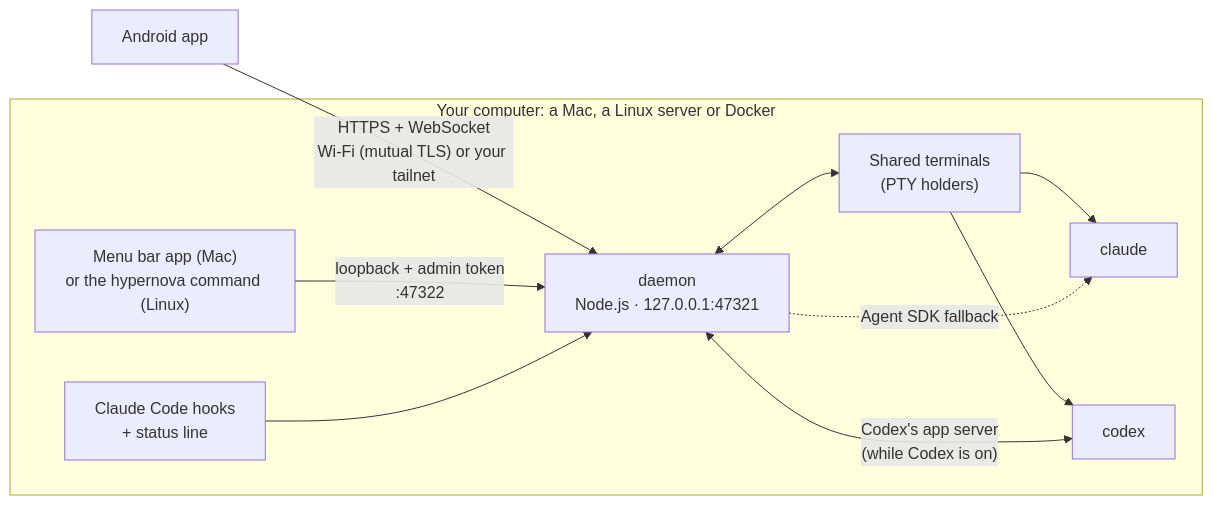
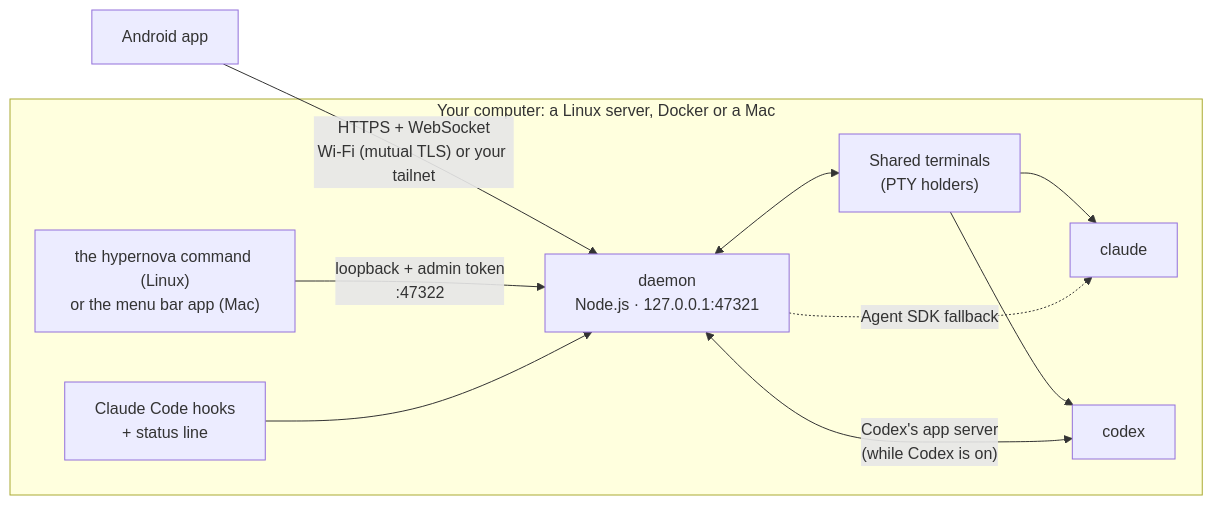
One commit to ljmerza/Hypernova changed the diagram in README.md. Above: the diagram before and after it, drawn with Mermaid. The commit also changed other lines of this file, not shown here.

First line of the commit message:
README: links for this fork, no images, install for a Linux server and an Android phone

````diff
--- a/README.md
+++ b/README.md
@@ -127,14 +91,14 @@
 ```mermaid
 flowchart LR
   phone["Android app"] -- "HTTPS + WebSocket<br/>Wi-Fi (mutual TLS) or your tailnet" --> api
-  subgraph host["Your computer: a Mac, a Linux server or Docker"]
+  subgraph host["Your computer: a Linux server, Docker or a Mac"]
     api["daemon<br/>Node.js · 127.0.0.1:47321"]
-    menubar["Menu bar app (Mac)<br/>or the hypernova command (Linux)"] -- "loopback + admin token<br/>:47322" --> api
+    menubar["the hypernova command (Linux)<br/>or the menu bar app (Mac)"] -- "loopback + admin token<br/>:47322" --> api
     hooks["Claude Code hooks<br/>+ status line"] --> api
     api <--> terms["Shared terminals<br/>(PTY holders)"]
     terms --> cc["claude"]
     terms --> cx["codex"]
     api -. "Agent SDK fallback" .-> cc
     api <-- "Codex's app server<br/>(while Codex is on)" --> cx
   end
 ```
````
